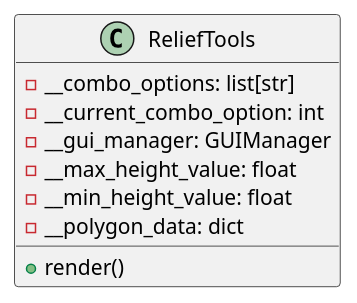
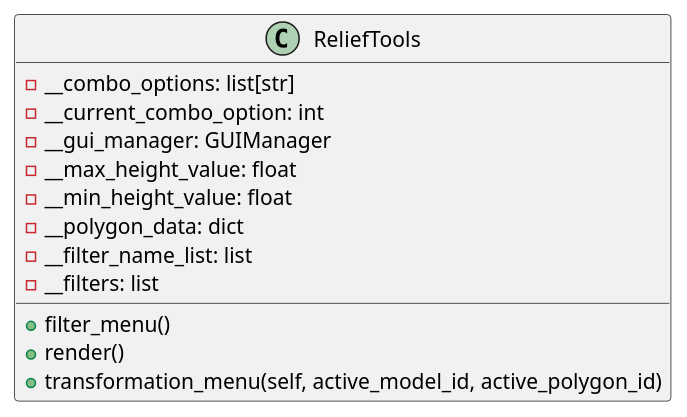
The diagram in docs/classes/ReliefTools.puml (ferpoble2/Relief_Creator), drawn with PlantUML before and after one commit. The commit also changed 1 other file, not shown here.

Commit message:
Added menu to the relief tools to set filters.

```diff
--- a/docs/classes/ReliefTools.puml
+++ b/docs/classes/ReliefTools.puml
@@ -1,13 +1,17 @@
 @startuml
 class ReliefTools {
     - __combo_options: list[str]
     - __current_combo_option: int
     - __gui_manager: GUIManager
     - __max_height_value: float
     - __min_height_value: float
     - __polygon_data: dict
+    - __filter_name_list: list
+    - __filters: list
 
+    + filter_menu()
     + render()
+    + transformation_menu(self, active_model_id, active_polygon_id)
 }
 
 @enduml
```
